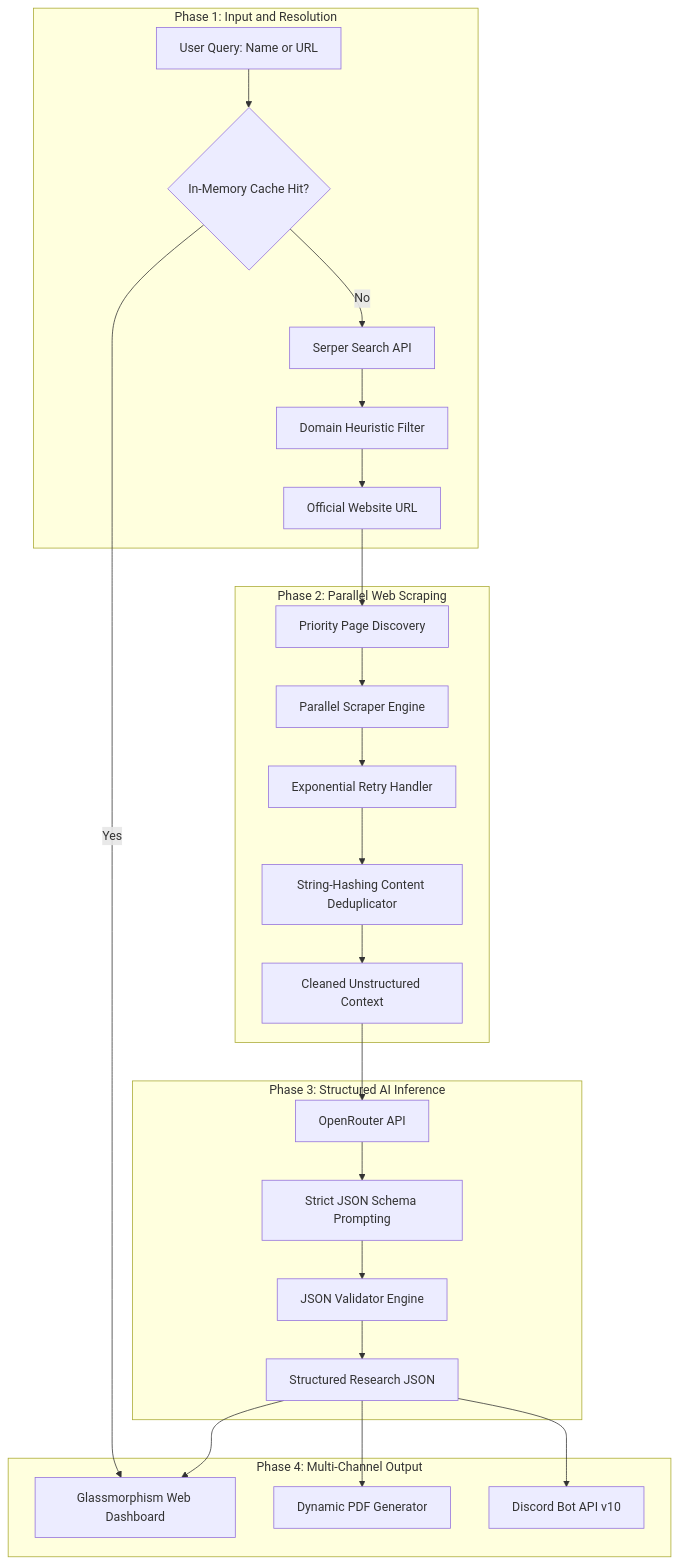
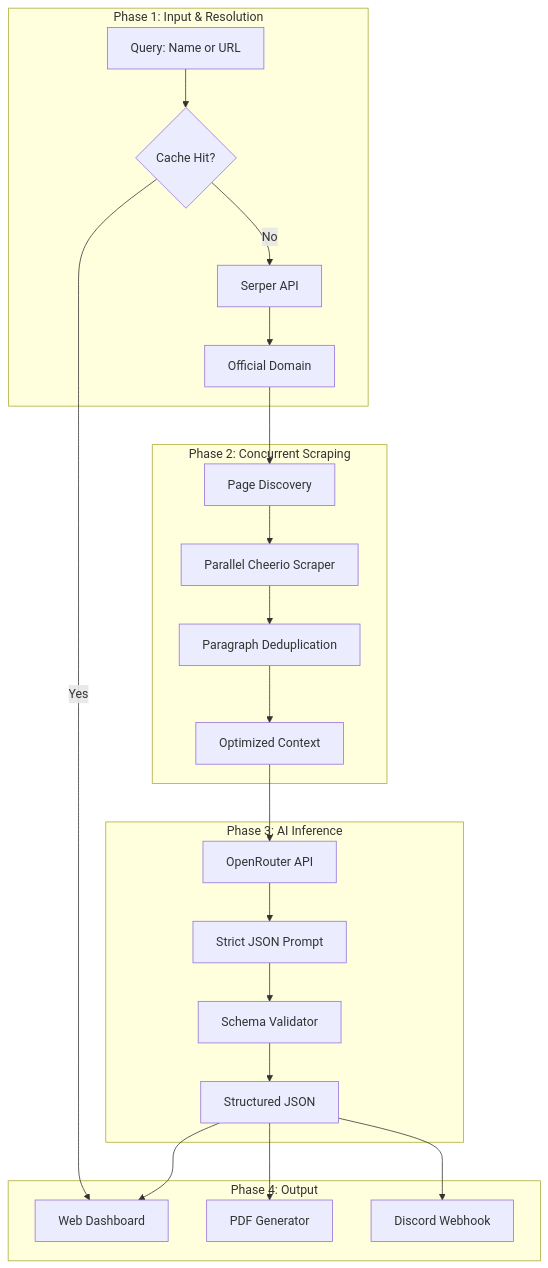
The diagram in README.md (sushantkothari/ai-company-research-assistant), drawn with Mermaid before and after one commit. The commit also changed other lines of this file and 3 other files, not shown here.

````diff
--- a/README.md
+++ b/README.md
@@ -31,49 +22,45 @@
 ```mermaid
 graph TD
-    subgraph Phase 1: Input and Resolution
-        U[User Query: Name or URL]
-        CACHE{In-Memory Cache Hit?}
-        SERPER[Serper Search API]
-        FILTER[Domain Heuristic Filter]
-        TARGET[Official Website URL]
+    subgraph Phase 1: Input & Resolution
+        U[Query: Name or URL]
+        CACHE{Cache Hit?}
+        SERPER[Serper API]
+        TARGET[Official Domain]
     end
 
-    subgraph Phase 2: Parallel Web Scraping
-        DISCOVER[Priority Page Discovery]
-        CRAWL[Parallel Scraper Engine]
-        RETRY[Exponential Retry Handler]
-        HASH[String-Hashing Content Deduplicator]
-        CLEANED[Cleaned Unstructured Context]
+    subgraph Phase 2: Concurrent Scraping
+        DISCOVER[Page Discovery]
+        CRAWL[Parallel Cheerio Scraper]
+        HASH[Paragraph Deduplication]
+        CLEANED[Optimized Context]
     end
 
-    subgraph Phase 3: Structured AI Inference
+    subgraph Phase 3: AI Inference
         OPENROUTER[OpenRouter API]
-        PROMPT[Strict JSON Schema Prompting]
-        PARSER[JSON Validator Engine]
-        REPORT[Structured Research JSON]
+        PROMPT[Strict JSON Prompt]
+        PARSER[Schema Validator]
+        REPORT[Structured JSON]
     end
 
-    subgraph Phase 4: Multi-Channel Output
-        UI[Glassmorphism Web Dashboard]
-        PDF[Dynamic PDF Generator]
-        DISCORD[Discord Bot API v10]
+    subgraph Phase 4: Output
+        UI[Web Dashboard]
+        PDF[PDF Generator]
+        DISCORD[Discord Webhook]
     end
 
     U --> CACHE
     CACHE -- Yes --> UI
     CACHE -- No --> SERPER
-    SERPER --> FILTER
-    FILTER --> TARGET
+    SERPER --> TARGET
     TARGET --> DISCOVER
     DISCOVER --> CRAWL
-    CRAWL --> RETRY
-    RETRY --> HASH
+    CRAWL --> HASH
     HASH --> CLEANED
     CLEANED --> OPENROUTER
     OPENROUTER --> PROMPT
     PROMPT --> PARSER
     PARSER --> REPORT
     REPORT --> UI
     REPORT --> PDF
     REPORT --> DISCORD
 ```
````
